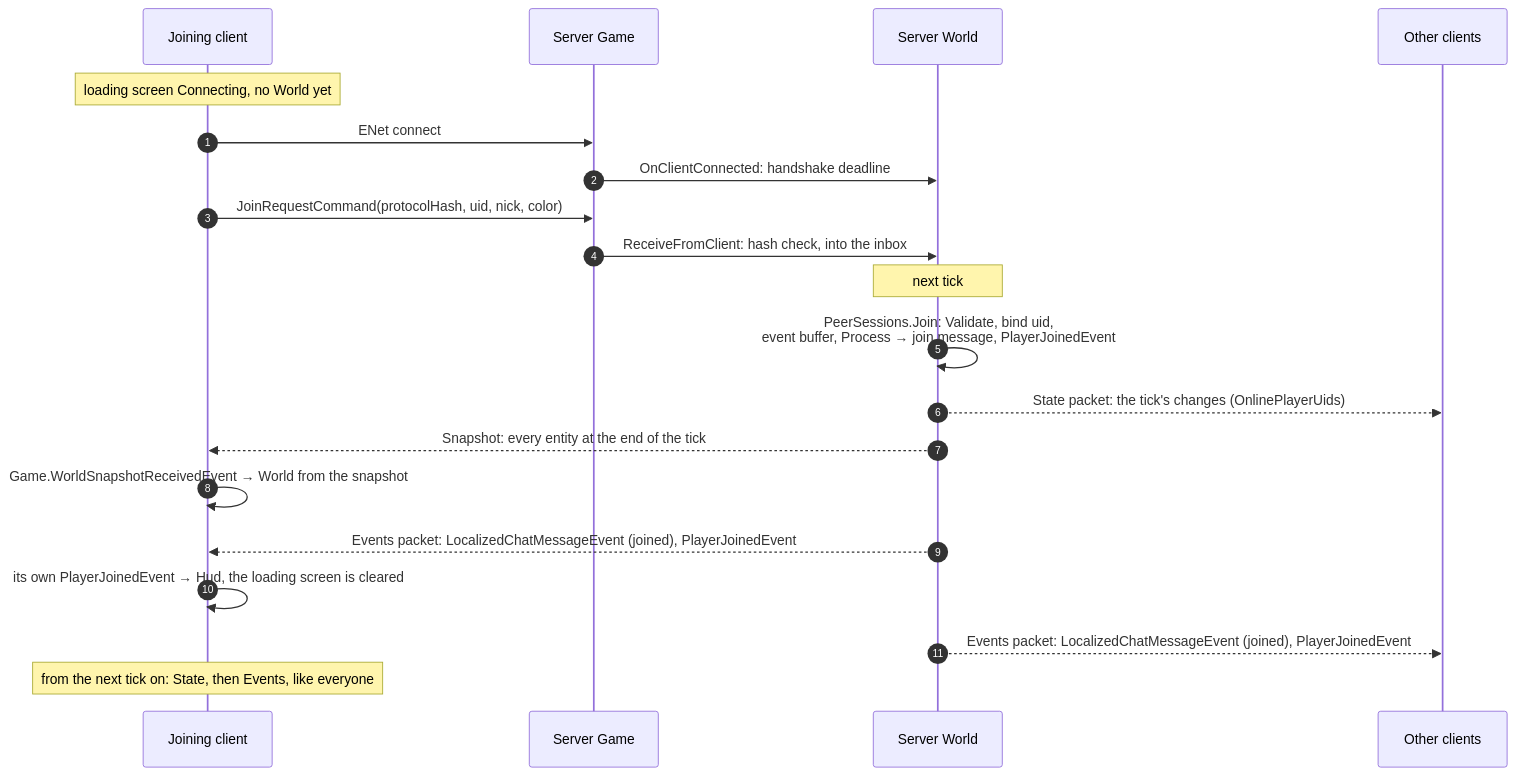
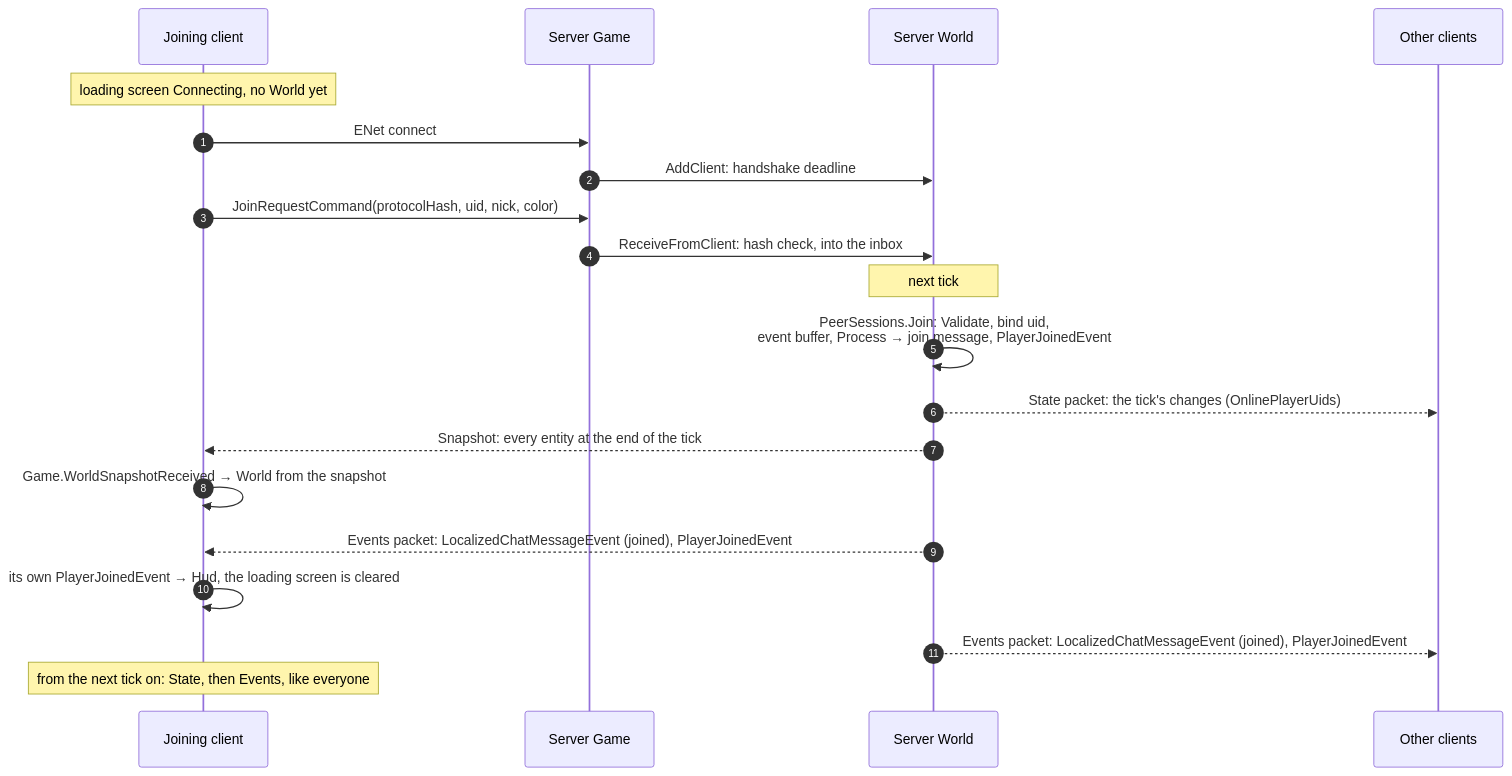
Before and after one commit to AbroGames/NeonWarfare: the diagram in Docs/Networking.md, drawn with Mermaid. The commit also changed other lines of this file and 25 other files, not shown here.

````diff
--- a/Docs/Networking.md
+++ b/Docs/Networking.md
@@ -104,23 +104,23 @@
 ```mermaid
 sequenceDiagram
     autonumber
     participant C as Joining client
     participant G as Server Game
     participant W as Server World
     participant O as Other clients
 
     Note over C: loading screen Connecting, no World yet
     C->>G: ENet connect
-    G->>W: OnClientConnected: handshake deadline
+    G->>W: AddClient: handshake deadline
     C->>G: JoinRequestCommand(protocolHash, uid, nick, color)
     G->>W: ReceiveFromClient: hash check, into the inbox
     Note over W: next tick
     W->>W: PeerSessions.Join: Validate, bind uid,<br/>event buffer, Process → join message, PlayerJoinedEvent
     W-->>O: State packet: the tick's changes (OnlinePlayerUids)
     W-->>C: Snapshot: every entity at the end of the tick
-    C->>C: Game.WorldSnapshotReceivedEvent → World from the snapshot
+    C->>C: Game.WorldSnapshotReceived → World from the snapshot
     W-->>C: Events packet: LocalizedChatMessageEvent (joined), PlayerJoinedEvent
     C->>C: its own PlayerJoinedEvent → Hud, the loading screen is cleared
     W-->>O: Events packet: LocalizedChatMessageEvent (joined), PlayerJoinedEvent
     Note over C: from the next tick on: State, then Events, like everyone
 ```
````
